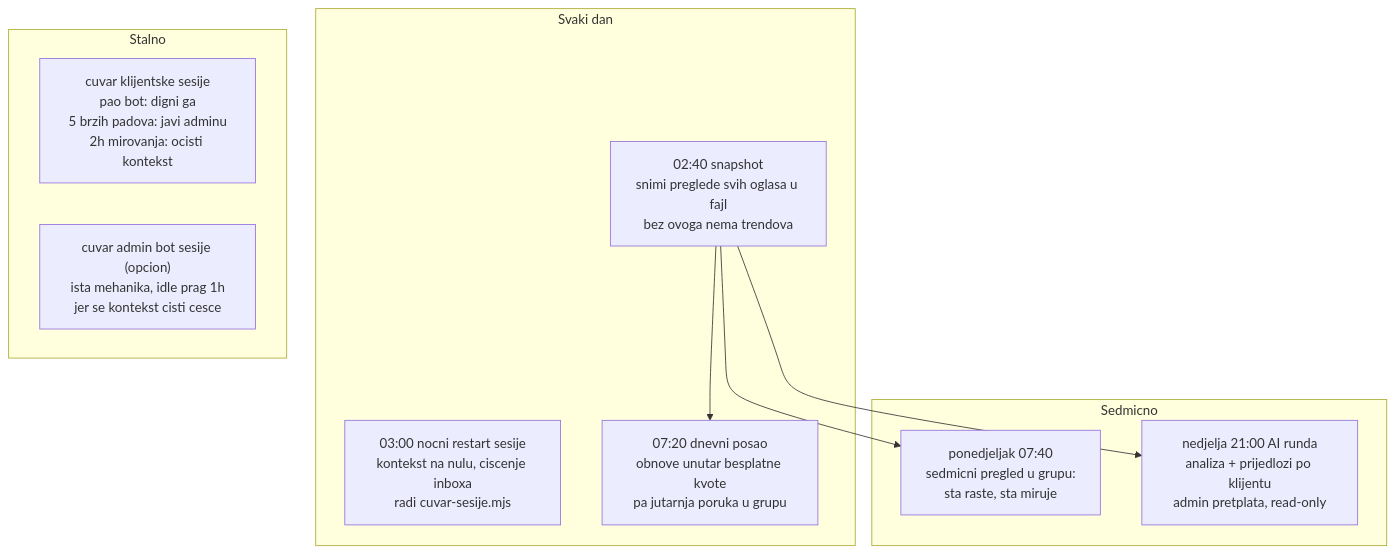
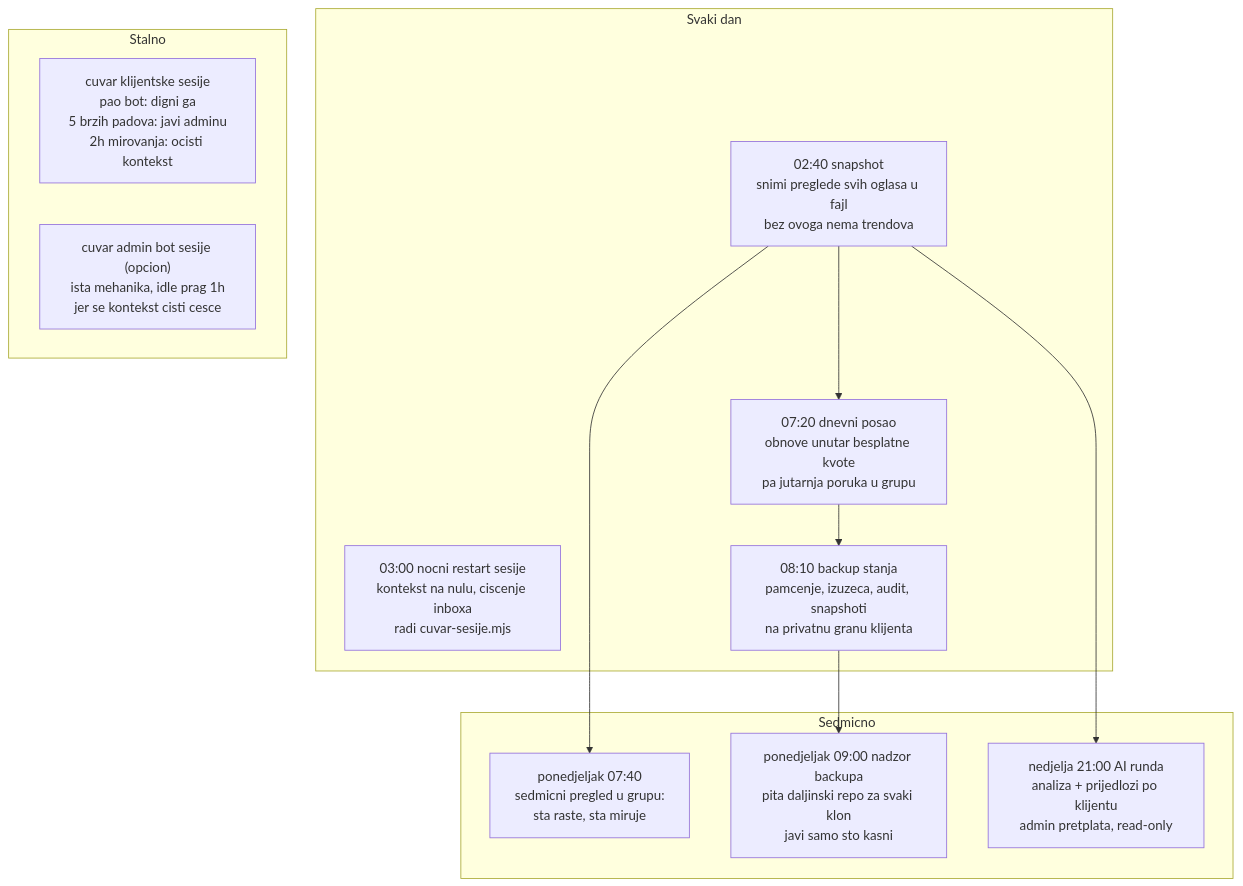
The third of 4 diagrams in olx-dokumentacija/arhitektura.md (mob-dev-org/olx-mcp-api), drawn with Mermaid before and after one commit. The commit also changed other lines of this file and 21 other files, not shown here.

````diff
--- a/olx-dokumentacija/arhitektura.md
+++ b/olx-dokumentacija/arhitektura.md
@@ -94,20 +94,24 @@
 ```mermaid
 flowchart TB
     subgraph dan["Svaki dan"]
         s1["02:40 snapshot<br/>snimi preglede svih oglasa u fajl<br/>bez ovoga nema trendova"]
         s2["03:00 nocni restart sesije<br/>kontekst na nulu, ciscenje inboxa<br/>radi cuvar-sesije.mjs"]
         s3["07:20 dnevni posao<br/>obnove unutar besplatne kvote<br/>pa jutarnja poruka u grupu"]
+        s8["08:10 backup stanja<br/>pamcenje, izuzeca, audit, snapshoti<br/>na privatnu granu klijenta"]
     end
     subgraph sedmica["Sedmicno"]
         s4["ponedjeljak 07:40<br/>sedmicni pregled u grupu:<br/>sta raste, sta miruje"]
+        s9["ponedjeljak 09:00 nadzor backupa<br/>pita daljinski repo za svaki klon<br/>javi samo sto kasni"]
         s5["nedjelja 21:00 AI runda<br/>analiza + prijedlozi po klijentu<br/>admin pretplata, read-only"]
     end
     subgraph stalno["Stalno"]
         s6["cuvar klijentske sesije<br/>pao bot: digni ga<br/>5 brzih padova: javi adminu<br/>2h mirovanja: ocisti kontekst"]
         s7["cuvar admin bot sesije (opcion)<br/>ista mehanika, idle prag 1h<br/>jer se kontekst cisti cesce"]
     end
 
     s1 --> s3
+    s3 --> s8
     s1 --> s4
     s1 --> s5
+    s8 --> s9
 ```
````
